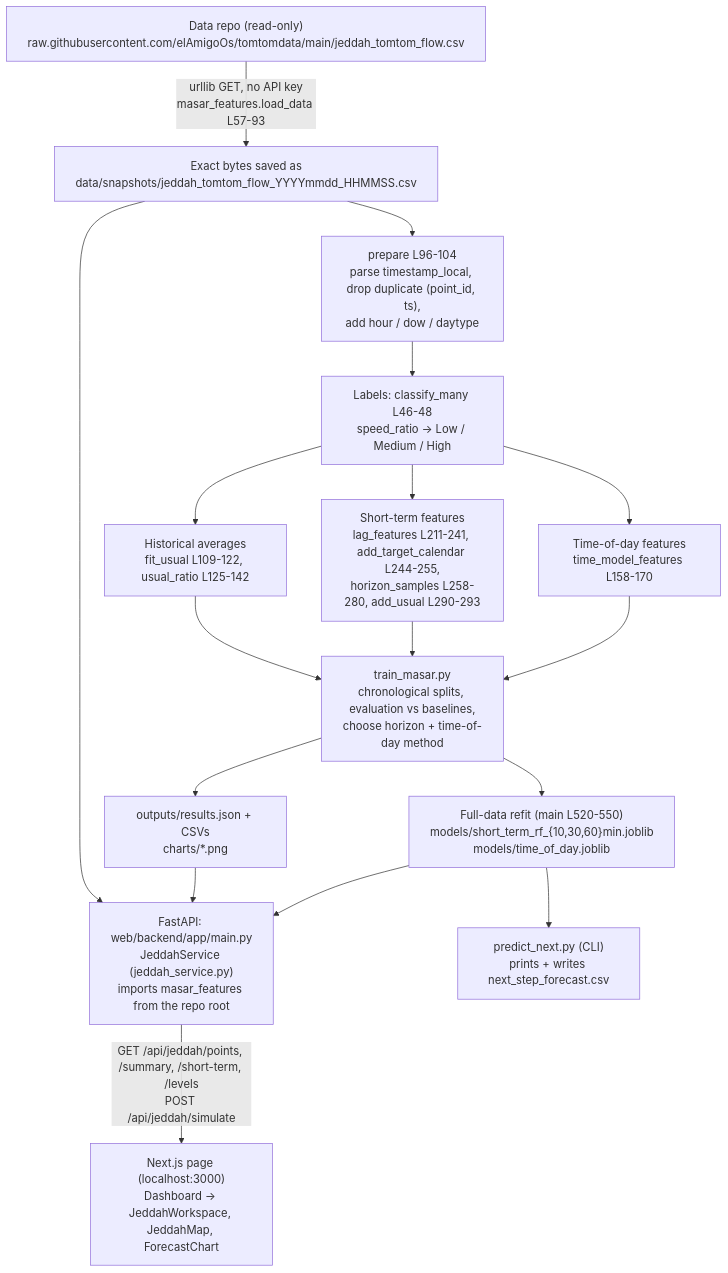
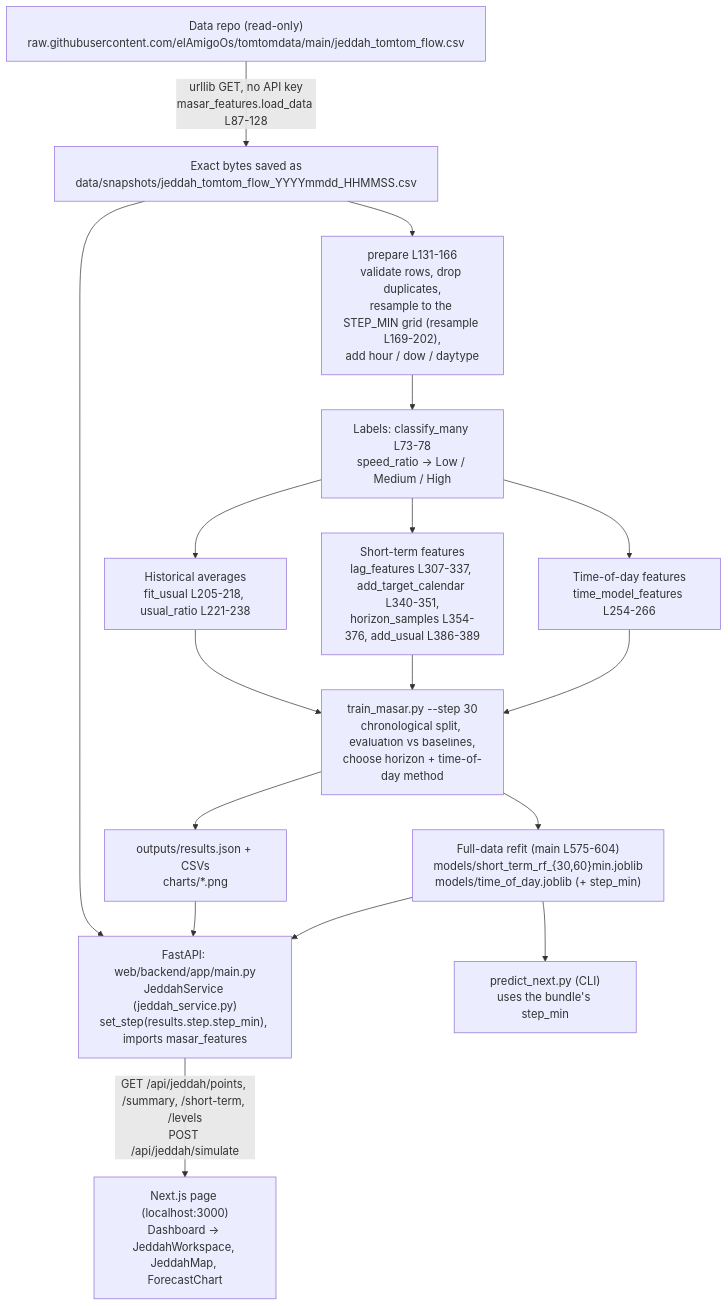
One commit to ElyasMazen/masar-traffic-ml changed the diagram in docs/SYSTEM_TRACE.md. Above: the diagram before and after it, drawn with Mermaid. The commit also changed other lines of this file and 31 other files, not shown here.

First line of the commit message:
Retrain at step 30 on 5-18 Oct data and update the report and trace

````diff
--- a/docs/SYSTEM_TRACE.md
+++ b/docs/SYSTEM_TRACE.md
@@ -18,16 +19,16 @@
 ```mermaid
 flowchart TD
     A["Data repo (read-only)<br/>raw.githubusercontent.com/elAmigoOs/tomtomdata/main/jeddah_tomtom_flow.csv"]
-    A -->|"urllib GET, no API key<br/>masar_features.load_data L57-93"| B["Exact bytes saved as<br/>data/snapshots/jeddah_tomtom_flow_YYYYmmdd_HHMMSS.csv"]
-    B --> C["prepare L96-104<br/>parse timestamp_local, drop duplicate (point_id, ts),<br/>add hour / dow / daytype"]
-    C --> D["Labels: classify_many L46-48<br/>speed_ratio → Low / Medium / High"]
-    D --> E1["Time-of-day features<br/>time_model_features L158-170"]
-    D --> E2["Short-term features<br/>lag_features L211-241, add_target_calendar L244-255,<br/>horizon_samples L258-280, add_usual L290-293"]
-    D --> E3["Historical averages<br/>fit_usual L109-122, usual_ratio L125-142"]
-    E1 & E2 & E3 --> F["train_masar.py<br/>chronological splits, evaluation vs baselines,<br/>choose horizon + time-of-day method"]
-    F --> G["Full-data refit (main L520-550)<br/>models/short_term_rf_{10,30,60}min.joblib<br/>models/time_of_day.joblib"]
+    A -->|"urllib GET, no API key<br/>masar_features.load_data L87-128"| B["Exact bytes saved as<br/>data/snapshots/jeddah_tomtom_flow_YYYYmmdd_HHMMSS.csv"]
+    B --> C["prepare L131-166<br/>validate rows, drop duplicates,<br/>resample to the STEP_MIN grid (resample L169-202),<br/>add hour / dow / daytype"]
+    C --> D["Labels: classify_many L73-78<br/>speed_ratio → Low / Medium / High"]
+    D --> E1["Time-of-day features<br/>time_model_features L254-266"]
+    D --> E2["Short-term features<br/>lag_features L307-337, add_target_calendar L340-351,<br/>horizon_samples L354-376, add_usual L386-389"]
+    D --> E3["Historical averages<br/>fit_usual L205-218, usual_ratio L221-238"]
+    E1 & E2 & E3 --> F["train_masar.py --step 30<br/>chronological split, evaluation vs baselines,<br/>choose horizon + time-of-day method"]
+    F --> G["Full-data refit (main L575-604)<br/>models/short_term_rf_{30,60}min.joblib<br/>models/time_of_day.joblib (+ step_min)"]
     F --> H["outputs/results.json + CSVs<br/>charts/*.png"]
-    G & H & B --> I["FastAPI: web/backend/app/main.py<br/>JeddahService (jeddah_service.py)<br/>imports masar_features from the repo root"]
+    G & H & B --> I["FastAPI: web/backend/app/main.py<br/>JeddahService (jeddah_service.py)<br/>set_step(results.step.step_min), imports masar_features"]
     I -->|"GET /api/jeddah/points, /summary, /short-term, /levels<br/>POST /api/jeddah/simulate"| J["Next.js page (localhost:3000)<br/>Dashboard → JeddahWorkspace, JeddahMap, ForecastChart"]
-    G --> K["predict_next.py (CLI)<br/>prints + writes next_step_forecast.csv"]
+    G --> K["predict_next.py (CLI)<br/>uses the bundle's step_min"]
 ```
````
